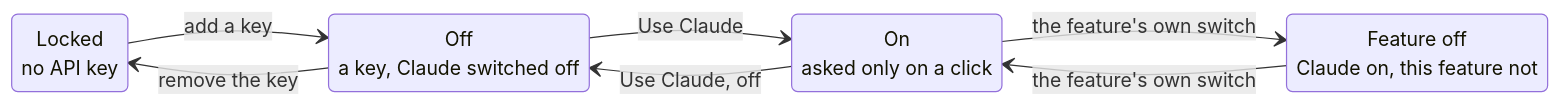
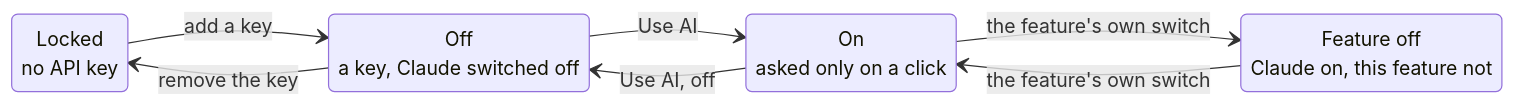
The diagram in docs/specs/claude-integration.md (ax5hay/KeepMeAwake), drawn with Mermaid before and after one commit. The commit also changed other lines of this file and 20 other files, not shown here.

````diff
--- a/docs/specs/claude-integration.md
+++ b/docs/specs/claude-integration.md
@@ -16,14 +16,14 @@
 ```mermaid
 stateDiagram-v2
     direction LR
     Locked: Locked<br/>no API key
     Off: Off<br/>a key, Claude switched off
     FeatureOff: Feature off<br/>Claude on, this feature not
     On: On<br/>asked only on a click
     Locked --> Off: add a key
-    Off --> On: Use Claude
+    Off --> On: Use AI
     On --> FeatureOff: the feature's own switch
     FeatureOff --> On: the feature's own switch
-    On --> Off: Use Claude, off
+    On --> Off: Use AI, off
     Off --> Locked: remove the key
 ```
````
